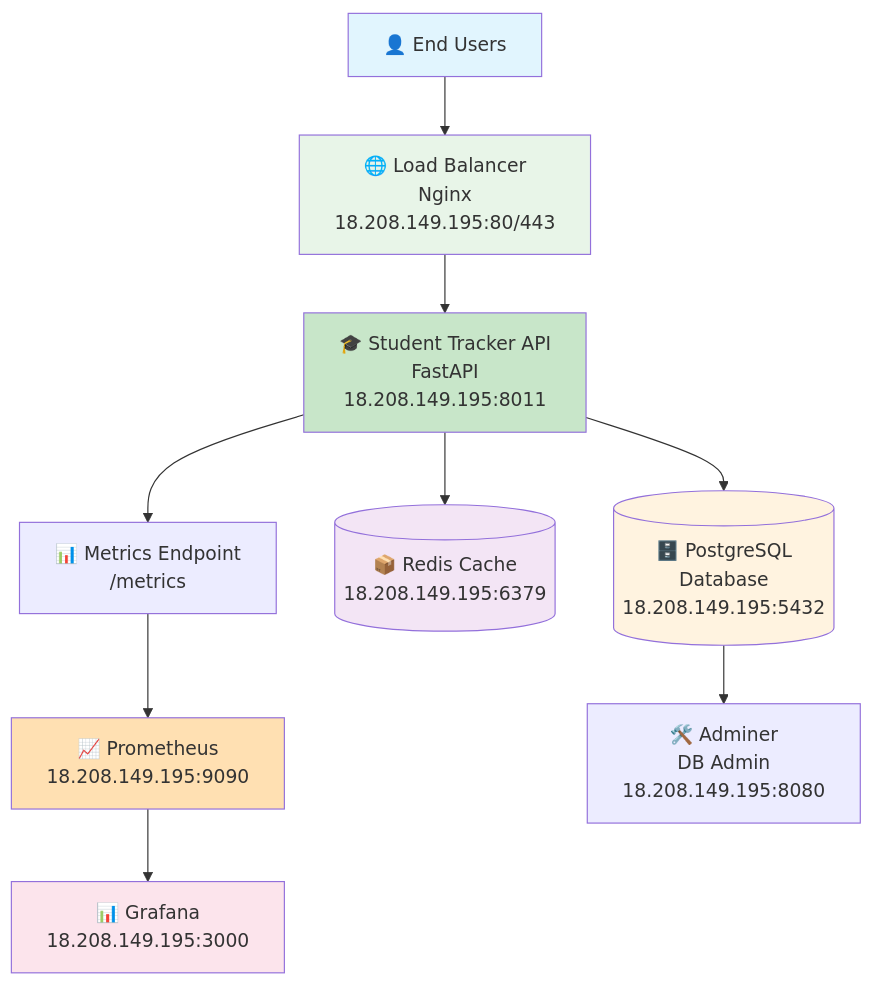
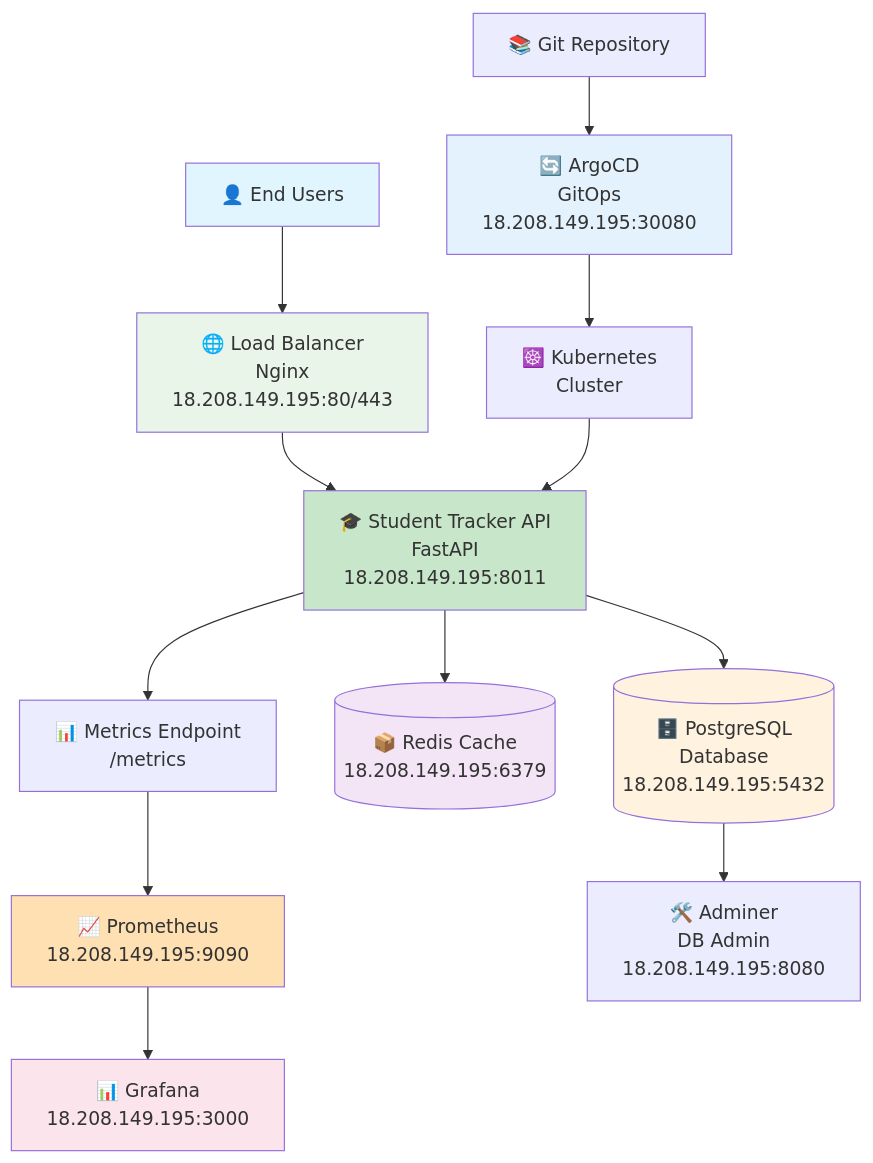
Before and after one commit to bonaventuresimeon/NativeSeries: the first of 3 diagrams in README.md, drawn with Mermaid. The commit also changed other lines of this file, not shown here.

Commit message:
Add ArgoCD GitOps, update README with deployment and monitoring details

````diff
--- a/README.md
+++ b/README.md
@@ -33,23 +35,28 @@
 ```mermaid
 graph TB
     User[👤 End Users] --> LB[🌐 Load Balancer<br/>Nginx<br/>18.208.149.195:80/443]
     
     LB --> App[🎓 Student Tracker API<br/>FastAPI<br/>18.208.149.195:8011]
     
     App --> DB[(🗄️ PostgreSQL<br/>Database<br/>18.208.149.195:5432)]
     App --> Cache[(📦 Redis Cache<br/>18.208.149.195:6379)]
     
     App --> Metrics[📊 Metrics Endpoint<br/>/metrics]
     Metrics --> Prom[📈 Prometheus<br/>18.208.149.195:9090]
     Prom --> Graf[📊 Grafana<br/>18.208.149.195:3000]
     
     DB --> Admin[🛠️ Adminer<br/>DB Admin<br/>18.208.149.195:8080]
     
+    Git[📚 Git Repository] --> Argo[🔄 ArgoCD<br/>GitOps<br/>18.208.149.195:30080]
+    Argo --> K8s[☸️ Kubernetes<br/>Cluster]
+    K8s --> App
+    
     style User fill:#e1f5fe
     style App fill:#c8e6c9
     style DB fill:#fff3e0
     style Cache fill:#f3e5f5
     style LB fill:#e8f5e8
     style Prom fill:#ffe0b2
     style Graf fill:#fce4ec
+    style Argo fill:#e3f2fd
 ```
````
